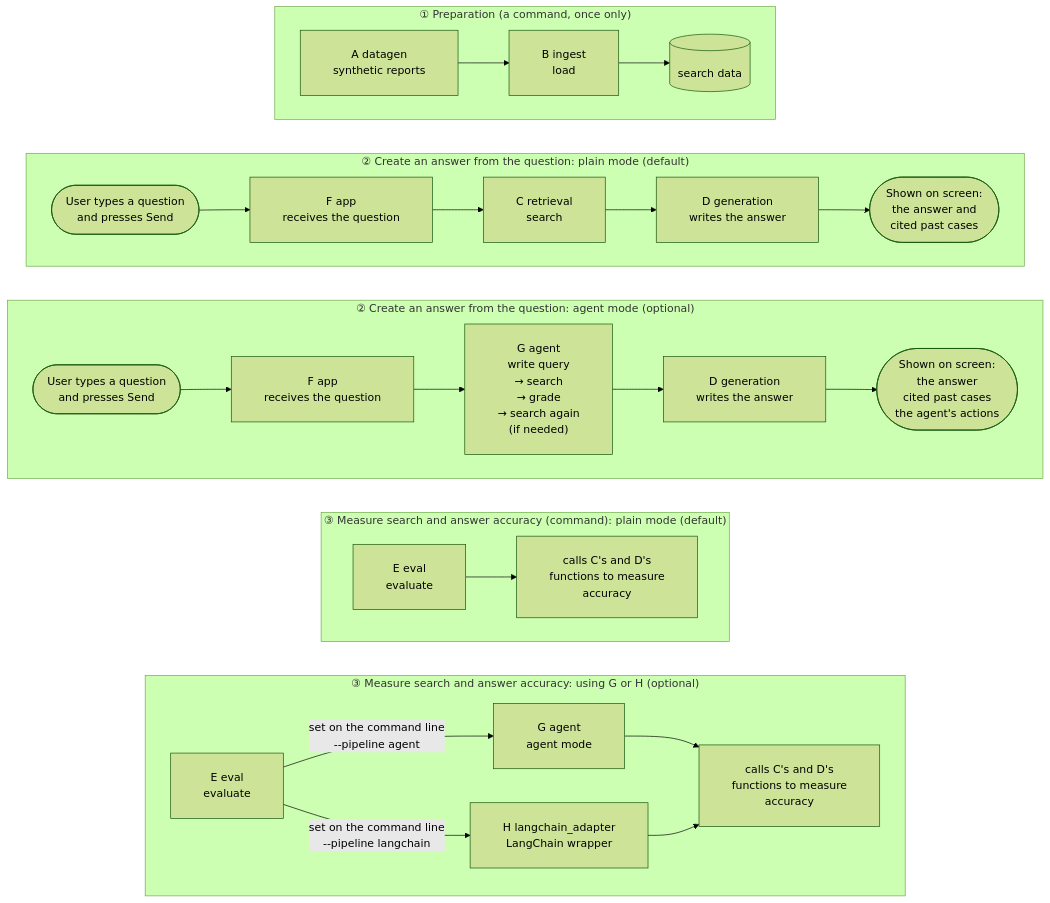
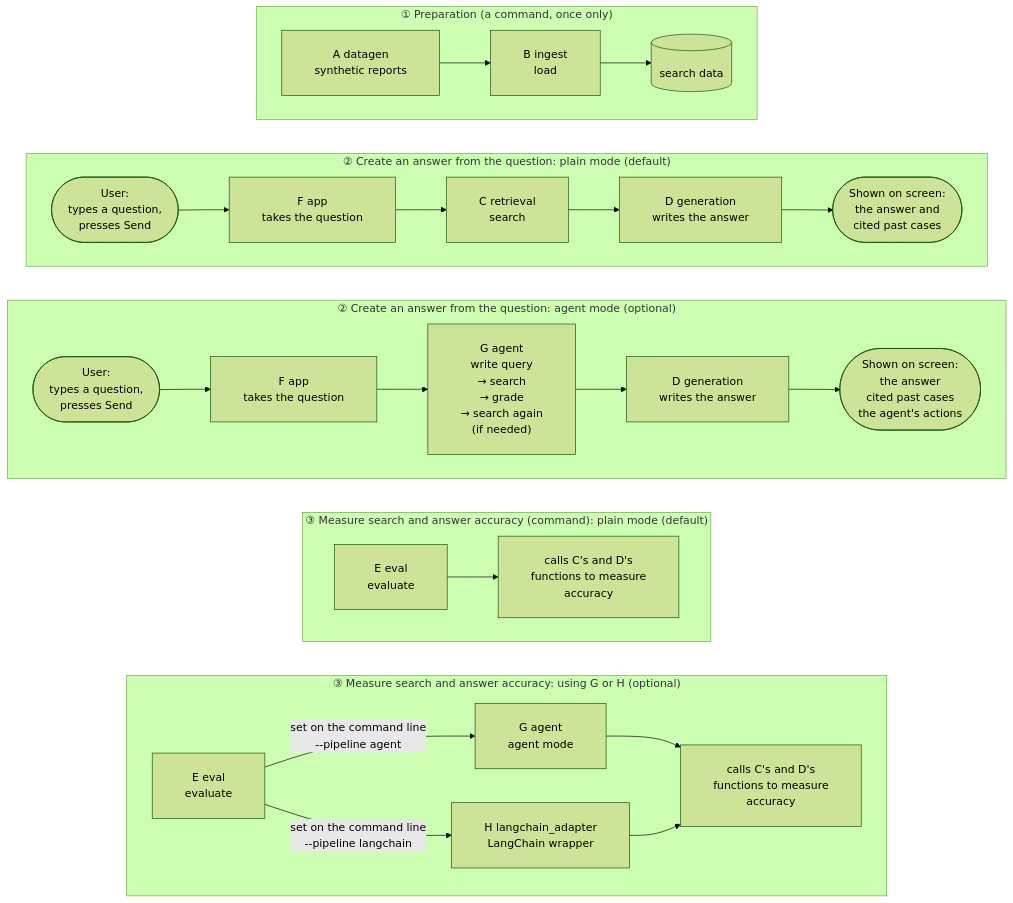
The first of 3 diagrams in README_en.md (satoshi-abe-dev/silo-rag), drawn with Mermaid (forest theme) before and after one commit. The commit also changed 1 other file, not shown here.

Commit message:
Narrow the start node of the answer diagram so the diagram is not scaled down

````diff
--- a/README_en.md
+++ b/README_en.md
@@ -136,29 +136,29 @@
 ```mermaid
 %%{init: {"flowchart": {"padding": 24, "wrappingWidth": 400}}}%%
 graph TB
     subgraph prep["① Preparation (a command, once only)"]
         direction LR
         A["A datagen<br/>synthetic reports"] --> B["B ingest<br/>load"] --> DB[("search data")]
     end
     subgraph plain["② Create an answer from the question: plain mode (default)"]
         direction LR
-        U1(["User types a question<br/>and presses Send"]) --> F1["F app<br/>receives the question"] --> C1["C retrieval<br/>search"] --> D1["D generation<br/>writes the answer"] --> R1(["Shown on screen:<br/>the answer and<br/>cited past cases"])
+        U1(["User:<br/>types a question,<br/>presses Send"]) --> F1["F app<br/>takes the question"] --> C1["C retrieval<br/>search"] --> D1["D generation<br/>writes the answer"] --> R1(["Shown on screen:<br/>the answer and<br/>cited past cases"])
     end
     subgraph agent["② Create an answer from the question: agent mode (optional)"]
         direction LR
-        U2(["User types a question<br/>and presses Send"]) --> F2["F app<br/>receives the question"] --> G["G agent<br/>write query<br/>→ search<br/>→ grade<br/>→ search again<br/>(if needed)"] --> D2["D generation<br/>writes the answer"] --> R2(["Shown on screen:<br/>the answer<br/>cited past cases<br/>the agent's actions"])
+        U2(["User:<br/>types a question,<br/>presses Send"]) --> F2["F app<br/>takes the question"] --> G["G agent<br/>write query<br/>→ search<br/>→ grade<br/>→ search again<br/>(if needed)"] --> D2["D generation<br/>writes the answer"] --> R2(["Shown on screen:<br/>the answer<br/>cited past cases<br/>the agent's actions"])
     end
     subgraph ev["③ Measure search and answer accuracy (command): plain mode (default)"]
         direction LR
         E1["E eval<br/>evaluate"] --> CD1["calls C's and D's<br/>functions to measure<br/>accuracy"]
     end
     subgraph ev2["③ Measure search and answer accuracy: using G or H (optional)"]
         direction LR
         E2["E eval<br/>evaluate"] -->|"set on the command line<br/>--pipeline agent"| G2["G agent<br/>agent mode"] --> CD2["calls C's and D's<br/>functions to measure<br/>accuracy"]
         E2 -->|"set on the command line<br/>--pipeline langchain"| H["H langchain_adapter<br/>LangChain wrapper"] --> CD2
     end
     prep ~~~ plain
     plain ~~~ agent
     agent ~~~ ev
     ev ~~~ ev2
 ```
````
